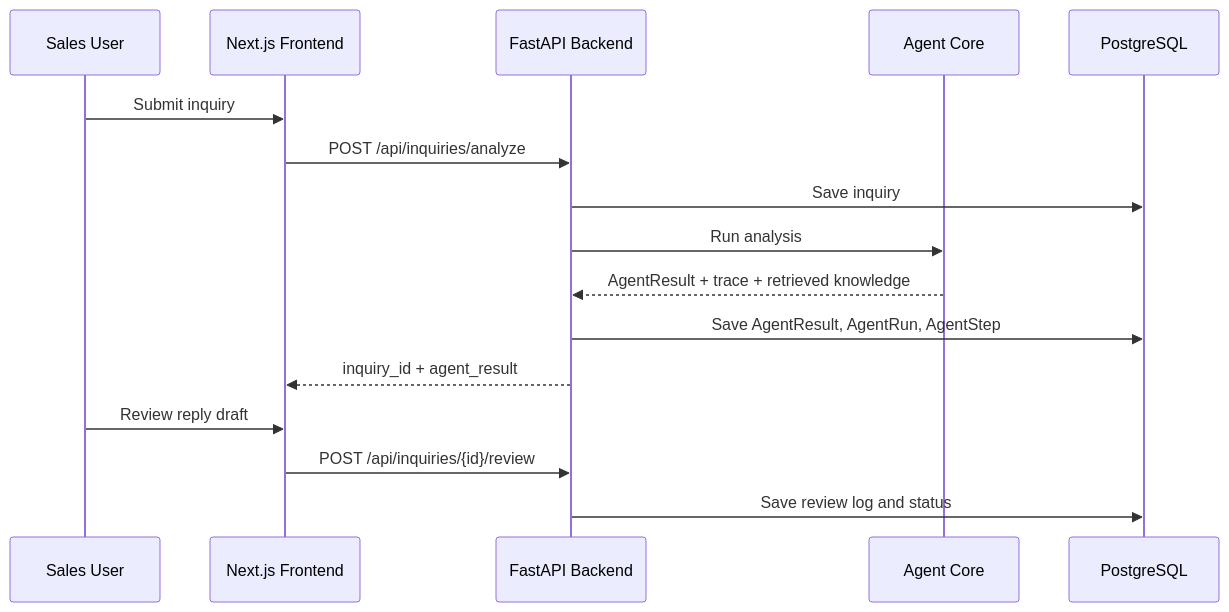
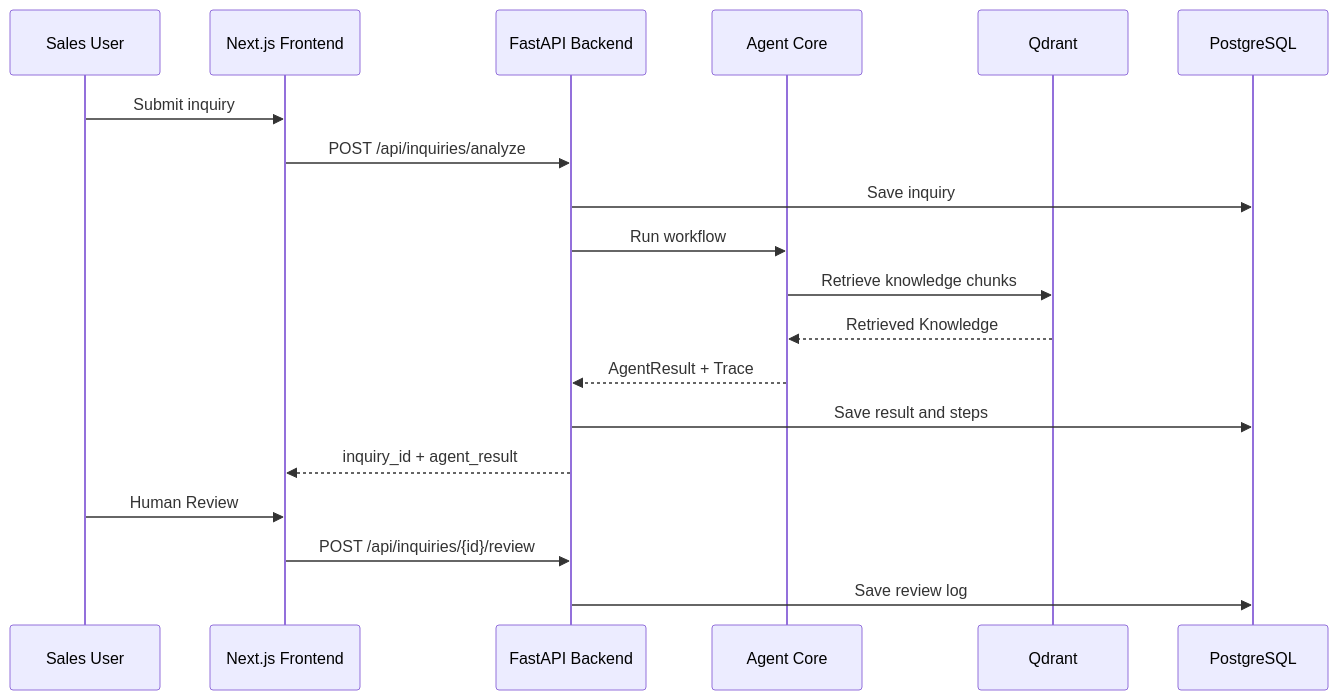
Before and after one commit to orrin900-lab/industrial-automation-inquiry-agent: the third of 3 diagrams in README.md, drawn with Mermaid. The commit also changed other lines of this file and 19 other files, not shown here.

````diff
--- a/README.md
+++ b/README.md
@@ -100,19 +94,22 @@
 ```mermaid
 sequenceDiagram
     participant User as Sales User
     participant UI as Next.js Frontend
     participant API as FastAPI Backend
     participant Agent as Agent Core
+    participant Q as Qdrant
     participant DB as PostgreSQL
 
     User->>UI: Submit inquiry
     UI->>API: POST /api/inquiries/analyze
     API->>DB: Save inquiry
-    API->>Agent: Run analysis
-    Agent-->>API: AgentResult + trace + retrieved knowledge
-    API->>DB: Save AgentResult, AgentRun, AgentStep
+    API->>Agent: Run workflow
+    Agent->>Q: Retrieve knowledge chunks
+    Q-->>Agent: Retrieved Knowledge
+    Agent-->>API: AgentResult + Trace
+    API->>DB: Save result and steps
     API-->>UI: inquiry_id + agent_result
-    User->>UI: Review reply draft
+    User->>UI: Human Review
     UI->>API: POST /api/inquiries/{id}/review
-    API->>DB: Save review log and status
+    API->>DB: Save review log
 ```
````
